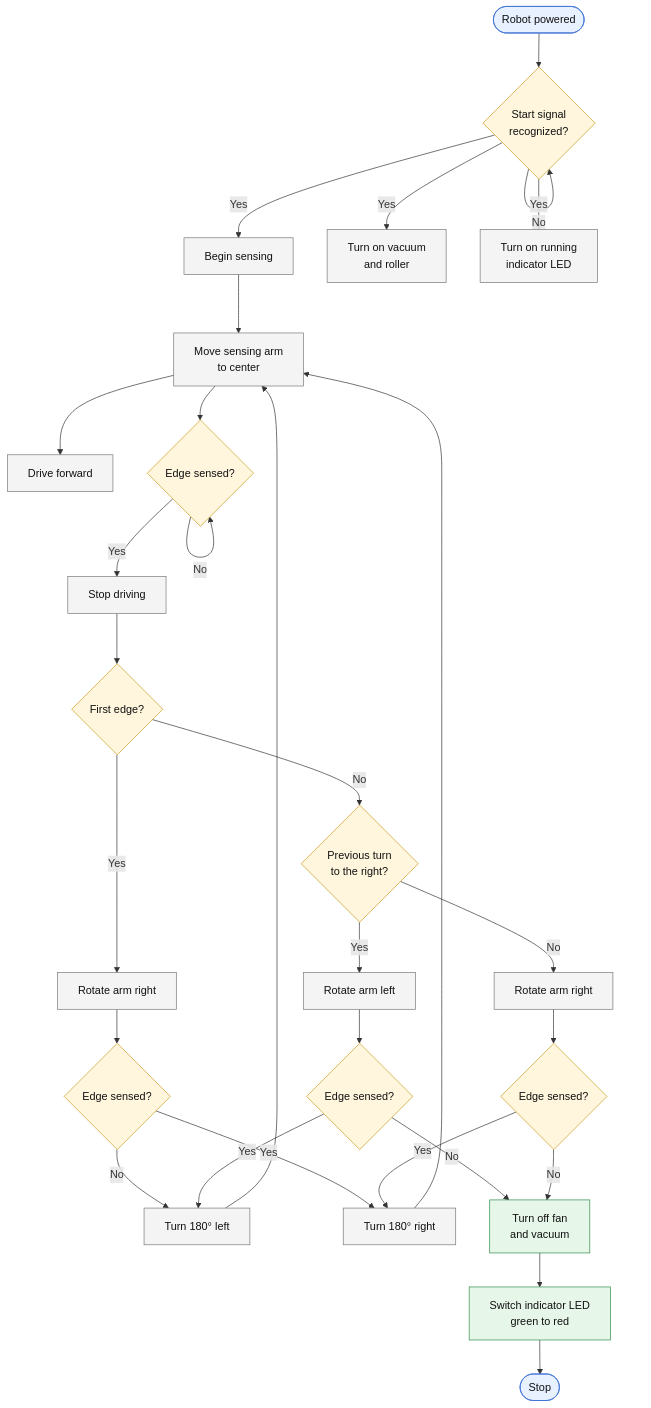
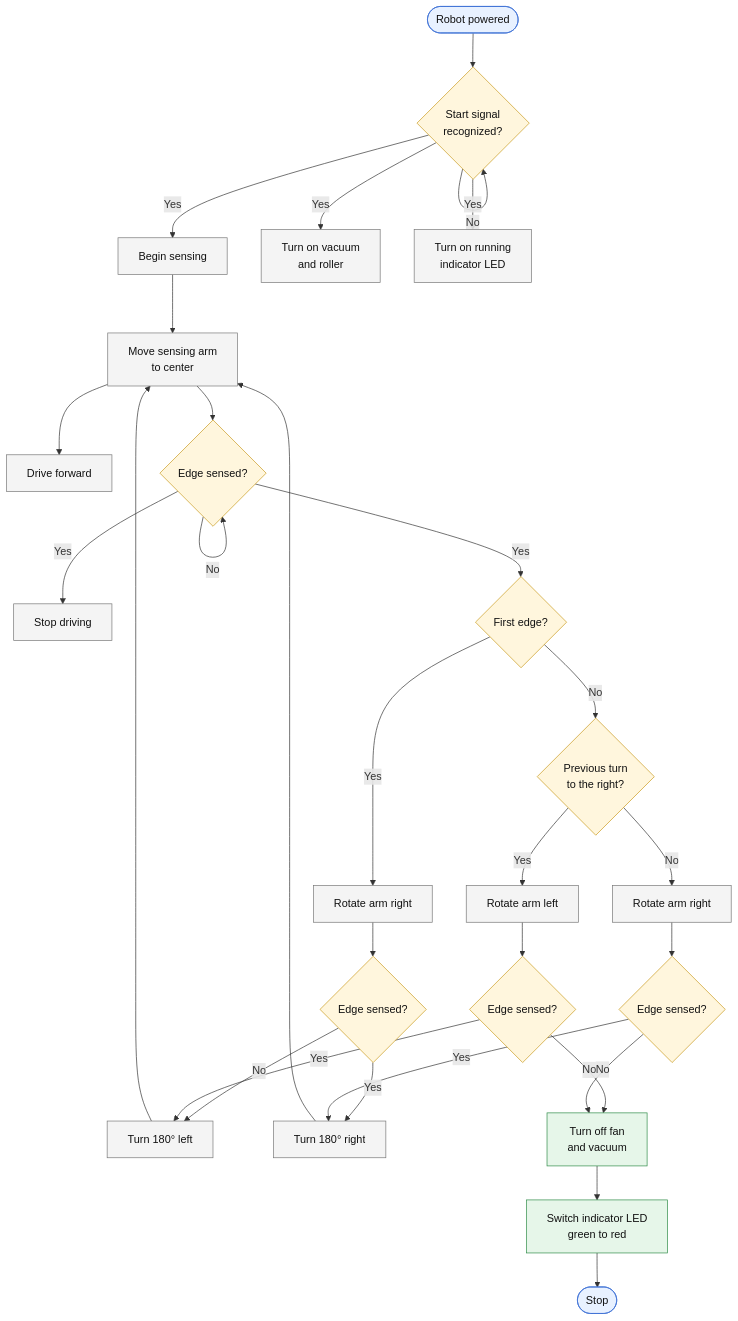
The diagram in README.md (brysonmedd/Deskinator), drawn with Mermaid before and after one commit.

Commit message:
Fix Stop driving branch in README flow chart

````diff
--- a/README.md
+++ b/README.md
@@ -19,40 +19,40 @@
 ```mermaid
 flowchart TD
     classDef term fill:#e8f1ff,stroke:#3b6fd4,color:#111
     classDef decision fill:#fff6dd,stroke:#c99a1c,color:#111
     classDef action fill:#f4f4f4,stroke:#777,color:#111
     classDef done fill:#e6f6e9,stroke:#2e8b47,color:#111
 
     A([Robot powered]):::term --> B{Start signal<br/>recognized?}:::decision
     B -- No --> B
     B -- Yes --> C[Begin sensing]:::action
     B -- Yes --> D[Turn on vacuum<br/>and roller]:::action
     B -- Yes --> E[Turn on running<br/>indicator LED]:::action
 
     C --> F[Move sensing arm<br/>to center]:::action
     F --> G[Drive forward]:::action
     F --> H{Edge sensed?}:::decision
     H -- No --> H
     H -- Yes --> I[Stop driving]:::action
-    I --> J{First edge?}:::decision
+    H -- Yes --> J{First edge?}:::decision
 
     J -- Yes --> K[Rotate arm right]:::action
     K --> L{Edge sensed?}:::decision
     L -- No --> M[Turn 180° left]:::action
     L -- Yes --> N[Turn 180° right]:::action
 
     J -- No --> P{Previous turn<br/>to the right?}:::decision
     P -- Yes --> Q[Rotate arm left]:::action
     Q --> R{Edge sensed?}:::decision
     R -- Yes --> M
     R -- No --> Z
     P -- No --> S[Rotate arm right]:::action
     S --> T{Edge sensed?}:::decision
     T -- Yes --> N
     T -- No --> Z
 
     M --> F
     N --> F
 
     Z[Turn off fan<br/>and vacuum]:::done --> Y[Switch indicator LED<br/>green to red]:::done --> X([Stop]):::term
 ```
````
